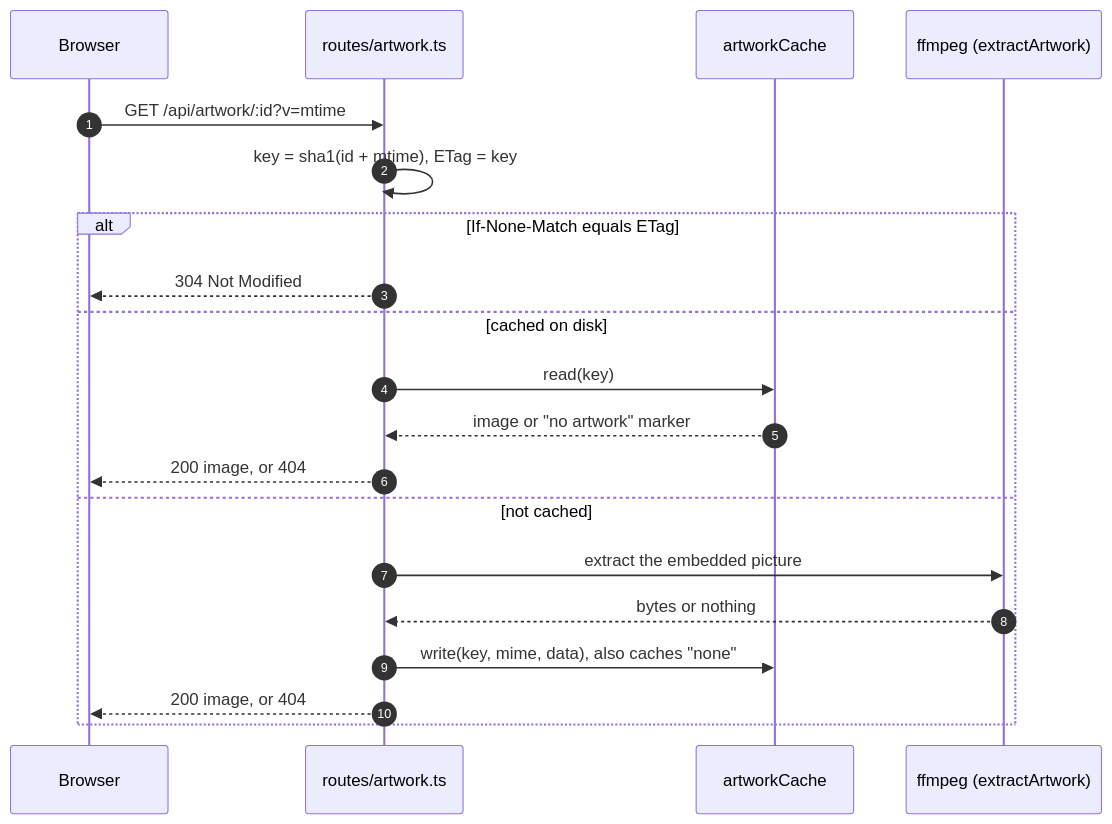
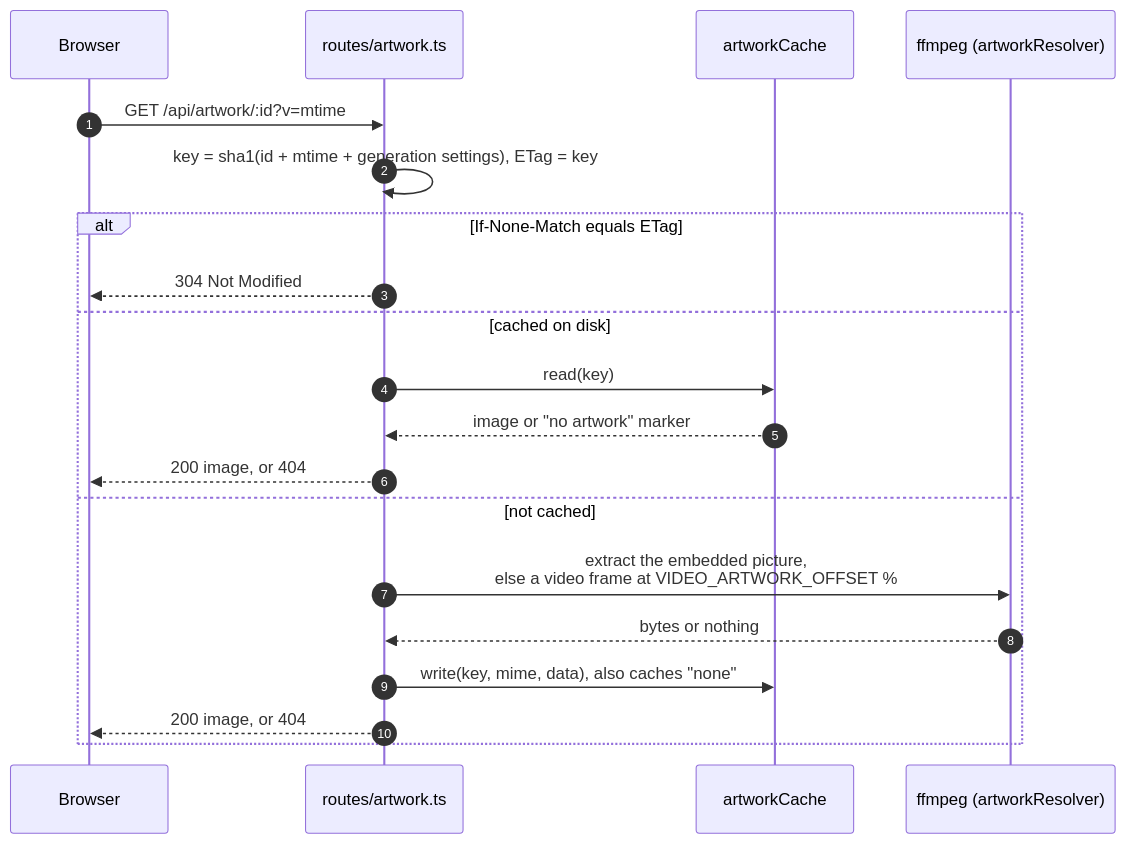
Before and after one commit to lumbar-spine-support/docker-haptic-player: the sixth of 7 diagrams in docs/developer/server.md, drawn with Mermaid. The commit also changed other lines of this file and 13 other files, not shown here.

````diff
--- a/docs/developer/server.md
+++ b/docs/developer/server.md
@@ -135,23 +136,23 @@
 ```mermaid
 sequenceDiagram
   autonumber
   participant B as Browser
   participant R as routes/artwork.ts
   participant C as artworkCache
-  participant F as ffmpeg (extractArtwork)
+  participant F as ffmpeg (artworkResolver)
 
   B->>R: GET /api/artwork/:id?v=mtime
-  R->>R: key = sha1(id + mtime), ETag = key
+  R->>R: key = sha1(id + mtime + generation settings), ETag = key
   alt If-None-Match equals ETag
     R-->>B: 304 Not Modified
   else cached on disk
     R->>C: read(key)
     C-->>R: image or "no artwork" marker
     R-->>B: 200 image, or 404
   else not cached
-    R->>F: extract the embedded picture
+    R->>F: extract the embedded picture,<br/>else a video frame at VIDEO_ARTWORK_OFFSET %
     F-->>R: bytes or nothing
     R->>C: write(key, mime, data), also caches "none"
     R-->>B: 200 image, or 404
   end
 ```
````
